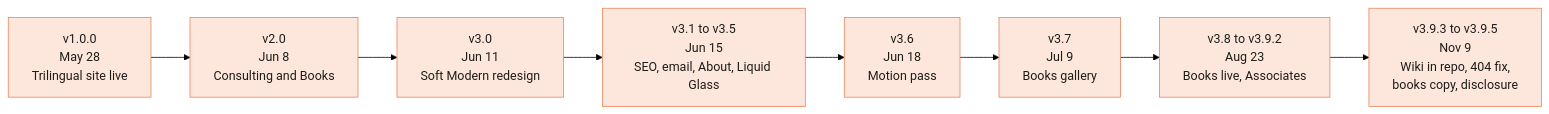
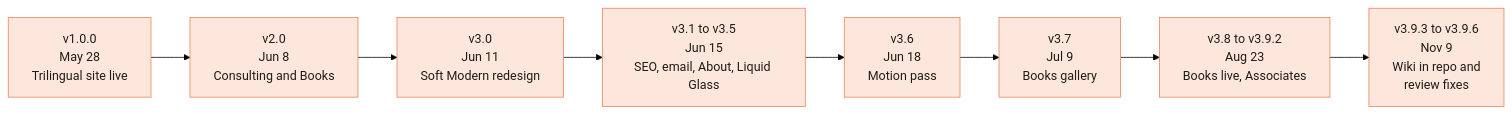
One commit to vijaybpanangi/ezziclarity changed the diagram in docs/wiki/Release-History.md. Above: the diagram before and after it, drawn with Mermaid (forest theme). The commit also changed other lines of this file and 32 other files, not shown here.

````diff
--- a/docs/wiki/Release-History.md
+++ b/docs/wiki/Release-History.md
@@ -8,12 +8,12 @@
 ```mermaid
 flowchart LR
     V1[v1.0.0<br/>May 28<br/>Trilingual site live]:::ours --> V2[v2.0<br/>Jun 8<br/>Consulting and Books]:::ours
     V2 --> V30[v3.0<br/>Jun 11<br/>Soft Modern redesign]:::ours
     V30 --> V31[v3.1 to v3.5<br/>Jun 15<br/>SEO, email, About, Liquid Glass]:::ours
     V31 --> V36[v3.6<br/>Jun 18<br/>Motion pass]:::ours
     V36 --> V37[v3.7<br/>Jul 9<br/>Books gallery]:::ours
     V37 --> V38[v3.8 to v3.9.2<br/>Aug 23<br/>Books live, Associates]:::ours
-    V38 --> V39[v3.9.3 to v3.9.5<br/>Nov 9<br/>Wiki in repo, 404 fix,<br/>books copy, disclosure]:::ours
+    V38 --> V39[v3.9.3 to v3.9.6<br/>Nov 9<br/>Wiki in repo and<br/>review fixes]:::ours
 
     classDef ours fill:#FDE7DC,stroke:#E8835A,color:#1e1c18
 ```
````
